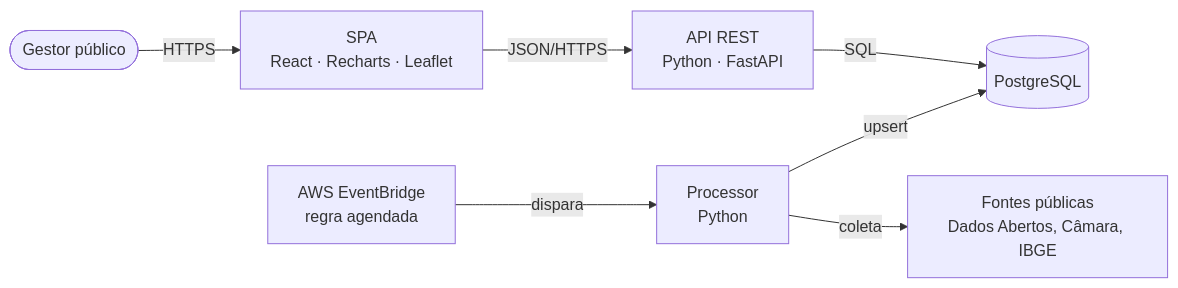
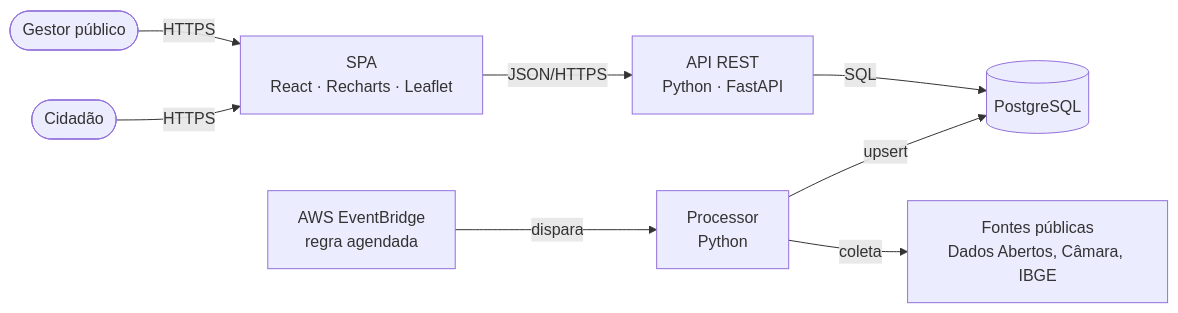
The diagram in README.md (Mateus-Ribeir0/RecifeView), drawn with Mermaid before and after one commit. The commit also changed other lines of this file and 54 other files, not shown here.

````diff
--- a/README.md
+++ b/README.md
@@ -33,9 +34,10 @@
 ```mermaid
 flowchart LR
     gestor([Gestor público]) -->|HTTPS| spa[SPA<br/>React · Recharts · Leaflet]
+    cidadao([Cidadão]) -->|HTTPS| spa
     spa -->|JSON/HTTPS| api[API REST<br/>Python · FastAPI]
     api -->|SQL| db[(PostgreSQL)]
     eb[AWS EventBridge<br/>regra agendada] -->|dispara| proc[Processor<br/>Python]
     proc -->|coleta| fontes[Fontes públicas<br/>Dados Abertos, Câmara, IBGE]
     proc -->|upsert| db
 ```
````
